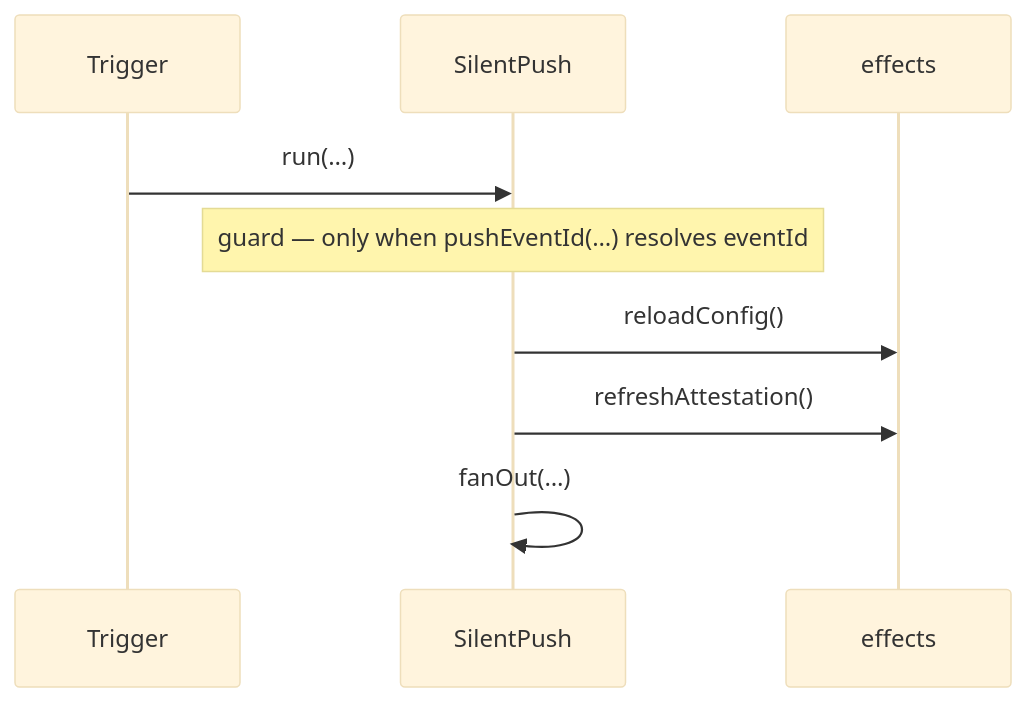
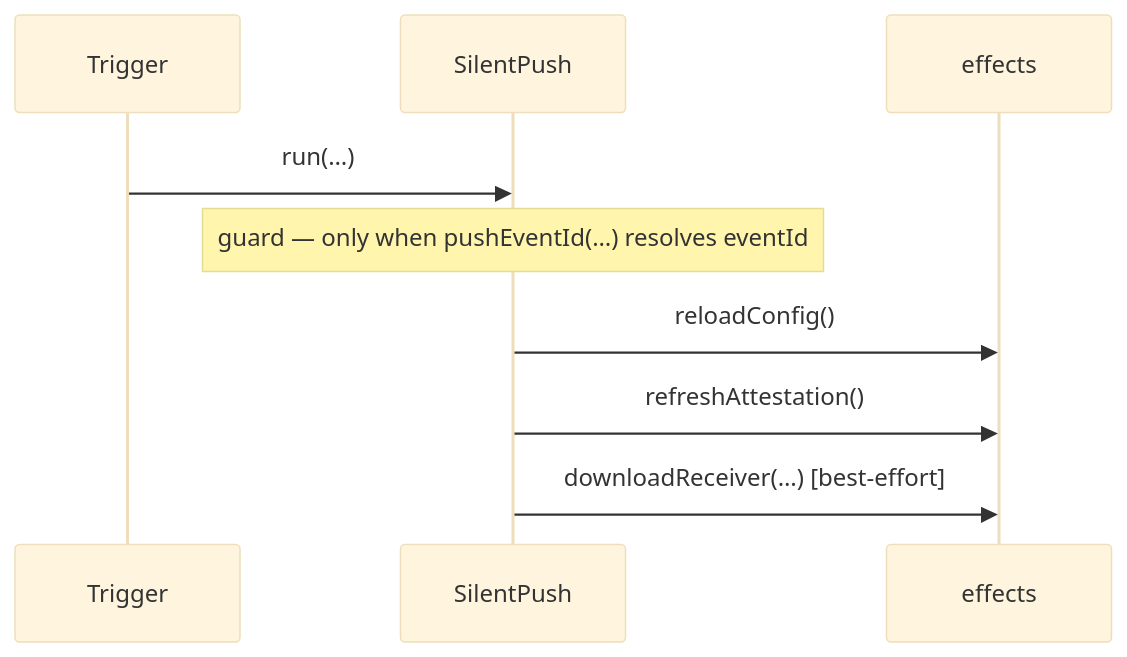
Before and after one commit to stefanhoelzl/SnapSync: the diagram in architecture/flows/SilentPush.md, drawn with Mermaid (base theme). The commit also changed other lines of this file and 6 other files, not shown here.

First line of the commit message:
internal(architecture-diagrams): regenerate for own work per wake

````diff
--- a/architecture/flows/SilentPush.md
+++ b/architecture/flows/SilentPush.md
@@ -14,11 +14,11 @@
 ```mermaid
 sequenceDiagram
   participant Trigger
   participant SilentPush
   participant effects
   Trigger->>SilentPush: run(…)
   Note over SilentPush: guard — only when pushEventId(…) resolves eventId
   SilentPush->>effects: reloadConfig()
   SilentPush->>effects: refreshAttestation()
-  SilentPush->>SilentPush: fanOut(…)
+  SilentPush->>effects: downloadReceiver(…) [best-effort]
 ```
````
